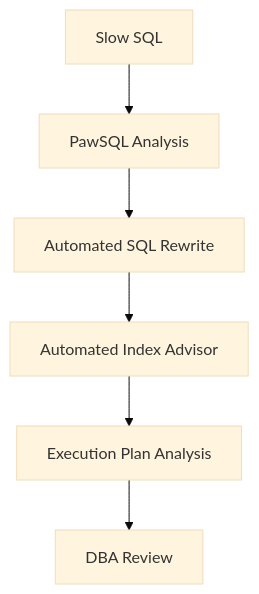
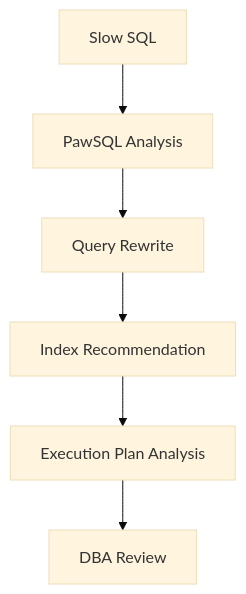
Before and after one commit to PawSQL/pawsql-docs-mantlify: diagram 15 of 18 in docs/en/use-cases/slow-sql-optimization.mdx, drawn with Mermaid (base theme). The commit also changed other lines of this file and 143 other files, not shown here.

````diff
--- a/docs/en/use-cases/slow-sql-optimization.mdx
+++ b/docs/en/use-cases/slow-sql-optimization.mdx
@@ -980,5 +980,5 @@
     ```mermaid
     flowchart TD
-        A[Slow SQL] --> B[PawSQL Analysis] --> C[Automated SQL Rewrite] --> D[Automated Index Advisor]
+        A[Slow SQL] --> B[PawSQL Analysis] --> C[Query Rewrite] --> D[Index Recommendation]
         D --> E[Execution Plan Analysis] --> F[DBA Review]
     ```
````
